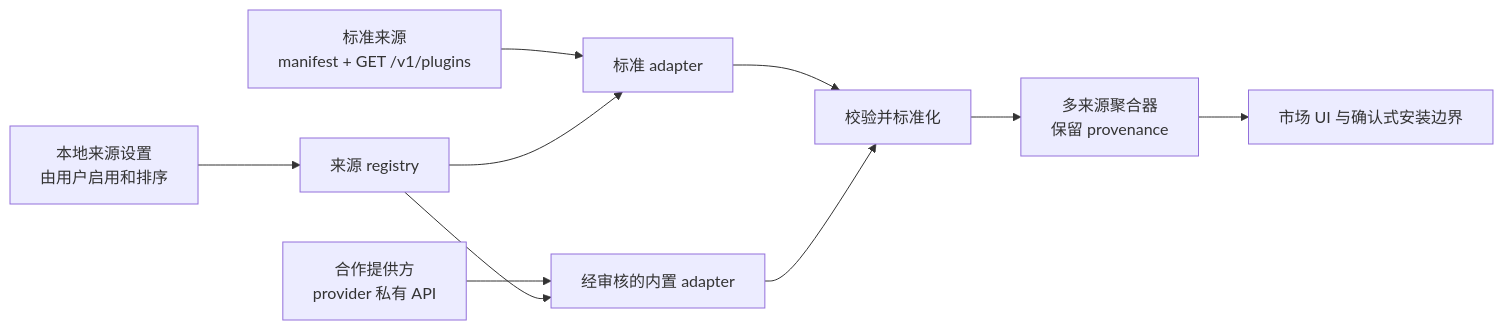
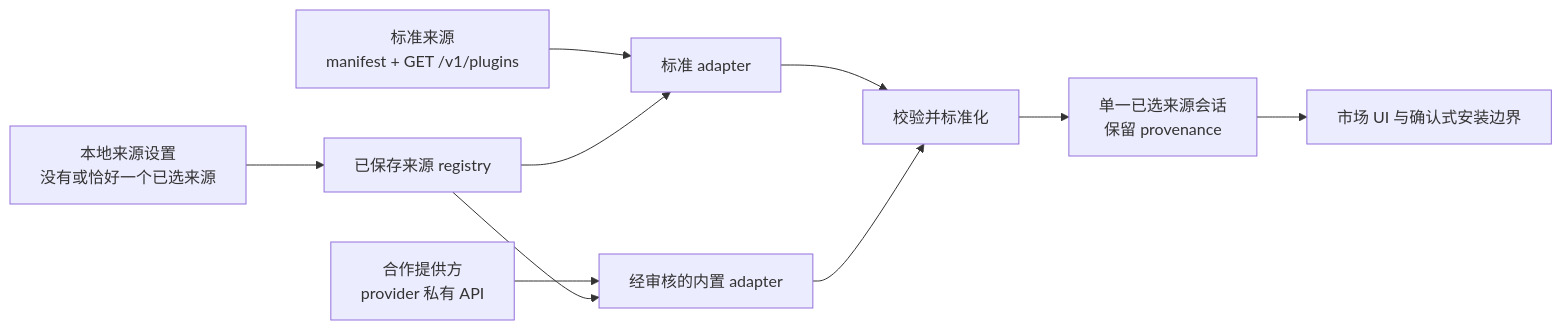
The diagram in dsh-community-market/docs/catalog-provider-contract.zh.md (picoaide/picoaide-harness), drawn with Mermaid before and after one commit. The commit also changed other lines of this file and 35 other files, not shown here.

````diff
--- a/dsh-community-market/docs/catalog-provider-contract.zh.md
+++ b/dsh-community-market/docs/catalog-provider-contract.zh.md
@@ -86,12 +70,12 @@
 ```mermaid
 flowchart LR
-    Settings["本地来源设置<br/>由用户启用和排序"] --> Registry["来源 registry"]
+    Settings["本地来源设置<br/>没有或恰好一个已选来源"] --> Registry["已保存来源 registry"]
     Manifest["标准来源<br/>manifest + GET /v1/plugins"] --> Standard["标准 adapter"]
     Partner["合作提供方<br/>provider 私有 API"] --> Builtin["经审核的内置 adapter"]
     Registry --> Standard
     Registry --> Builtin
     Standard --> Validate["校验并标准化"]
     Builtin --> Validate
-    Validate --> Aggregate["多来源聚合器<br/>保留 provenance"]
-    Aggregate --> UI["市场 UI 与确认式安装边界"]
+    Validate --> Session["单一已选来源会话<br/>保留 provenance"]
+    Session --> UI["市场 UI 与确认式安装边界"]
 ```
````
